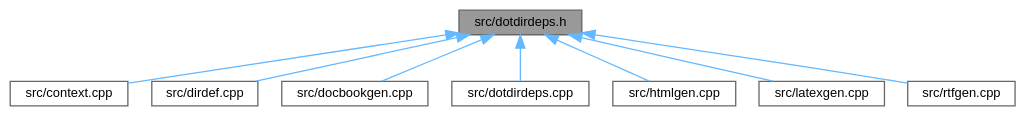
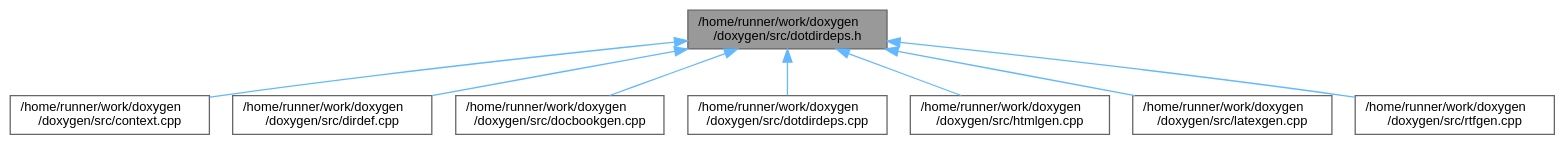
One commit to petyovsky/doxygen changed the diagram in d9/d90/dotdirdeps_8h__dep__incl.dot. Above: the diagram before and after it, drawn with Graphviz. The commit also changed 5062 other files, not shown here.

```diff
--- a/d9/d90/dotdirdeps_8h__dep__incl.dot
+++ b/d9/d90/dotdirdeps_8h__dep__incl.dot
@@ -1,23 +1,23 @@
-digraph "src/dotdirdeps.h"
+digraph "/home/runner/work/doxygen/doxygen/src/dotdirdeps.h"
 {
  // INTERACTIVE_SVG=YES
  // LATEX_PDF_SIZE
   bgcolor="transparent";
   edge [fontname=Helvetica,fontsize=10,labelfontname=Helvetica,labelfontsize=10];
   node [fontname=Helvetica,fontsize=10,shape=box,height=0.2,width=0.4];
-  Node1 [label="src/dotdirdeps.h",height=0.2,width=0.4,color="gray40", fillcolor="grey60", style="filled", fontcolor="black",tooltip=" "];
+  Node1 [label="/home/runner/work/doxygen\l/doxygen/src/dotdirdeps.h",height=0.2,width=0.4,color="gray40", fillcolor="grey60", style="filled", fontcolor="black",tooltip=" "];
   Node1 -> Node2 [dir="back",color="steelblue1",style="solid"];
-  Node2 [label="src/context.cpp",height=0.2,width=0.4,color="grey40", fillcolor="white", style="filled",URL="$db/d12/context_8cpp.html",tooltip=" "];
+  Node2 [label="/home/runner/work/doxygen\l/doxygen/src/context.cpp",height=0.2,width=0.4,color="grey40", fillcolor="white", style="filled",URL="$db/d12/context_8cpp.html",tooltip=" "];
   Node1 -> Node3 [dir="back",color="steelblue1",style="solid"];
-  Node3 [label="src/dirdef.cpp",height=0.2,width=0.4,color="grey40", fillcolor="white", style="filled",URL="$d8/d52/dirdef_8cpp.html",tooltip=" "];
+  Node3 [label="/home/runner/work/doxygen\l/doxygen/src/dirdef.cpp",height=0.2,width=0.4,color="grey40", fillcolor="white", style="filled",URL="$d8/d52/dirdef_8cpp.html",tooltip=" "];
   Node1 -> Node4 [dir="back",color="steelblue1",style="solid"];
-  Node4 [label="src/docbookgen.cpp",height=0.2,width=0.4,color="grey40", fillcolor="white", style="filled",URL="$d8/d29/docbookgen_8cpp.html",tooltip=" "];
+  Node4 [label="/home/runner/work/doxygen\l/doxygen/src/docbookgen.cpp",height=0.2,width=0.4,color="grey40", fillcolor="white", style="filled",URL="$d8/d29/docbookgen_8cpp.html",tooltip=" "];
   Node1 -> Node5 [dir="back",color="steelblue1",style="solid"];
-  Node5 [label="src/dotdirdeps.cpp",height=0.2,width=0.4,color="grey40", fillcolor="white", style="filled",URL="$da/d45/dotdirdeps_8cpp.html",tooltip=" "];
+  Node5 [label="/home/runner/work/doxygen\l/doxygen/src/dotdirdeps.cpp",height=0.2,width=0.4,color="grey40", fillcolor="white", style="filled",URL="$da/d45/dotdirdeps_8cpp.html",tooltip=" "];
   Node1 -> Node6 [dir="back",color="steelblue1",style="solid"];
-  Node6 [label="src/htmlgen.cpp",height=0.2,width=0.4,color="grey40", fillcolor="white", style="filled",URL="$d8/d6e/htmlgen_8cpp.html",tooltip=" "];
+  Node6 [label="/home/runner/work/doxygen\l/doxygen/src/htmlgen.cpp",height=0.2,width=0.4,color="grey40", fillcolor="white", style="filled",URL="$d8/d6e/htmlgen_8cpp.html",tooltip=" "];
   Node1 -> Node7 [dir="back",color="steelblue1",style="solid"];
-  Node7 [label="src/latexgen.cpp",height=0.2,width=0.4,color="grey40", fillcolor="white", style="filled",URL="$d4/d42/latexgen_8cpp.html",tooltip=" "];
+  Node7 [label="/home/runner/work/doxygen\l/doxygen/src/latexgen.cpp",height=0.2,width=0.4,color="grey40", fillcolor="white", style="filled",URL="$d4/d42/latexgen_8cpp.html",tooltip=" "];
   Node1 -> Node8 [dir="back",color="steelblue1",style="solid"];
-  Node8 [label="src/rtfgen.cpp",height=0.2,width=0.4,color="grey40", fillcolor="white", style="filled",URL="$d0/d9c/rtfgen_8cpp.html",tooltip=" "];
+  Node8 [label="/home/runner/work/doxygen\l/doxygen/src/rtfgen.cpp",height=0.2,width=0.4,color="grey40", fillcolor="white", style="filled",URL="$d0/d9c/rtfgen_8cpp.html",tooltip=" "];
 }
```
